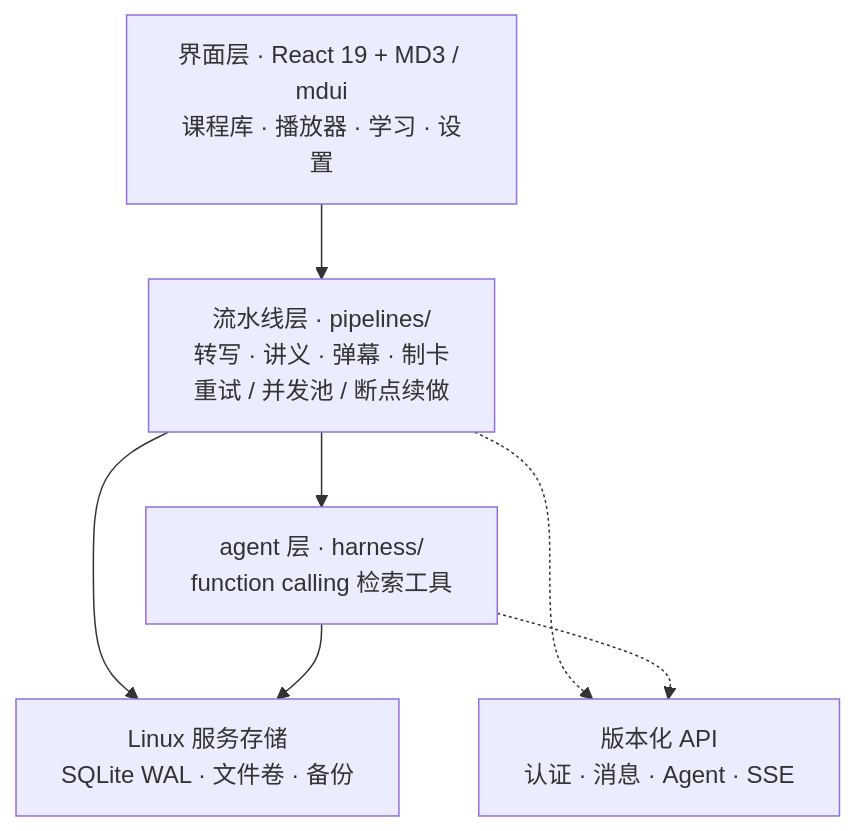
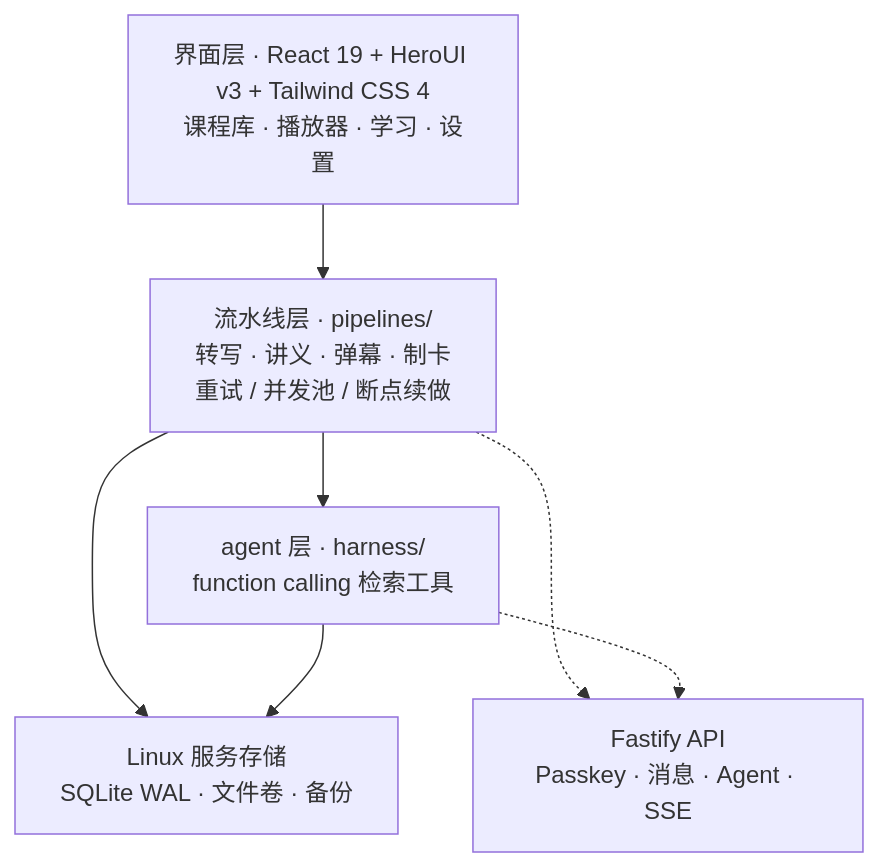
Before and after one commit to BA7MLV/wangke-agent: the second of 2 diagrams in README.md, drawn with Mermaid. The commit also changed other lines of this file and 26 other files, not shown here.

````diff
--- a/README.md
+++ b/README.md
@@ -58,13 +58,13 @@
 ```mermaid
 flowchart TB
-    UI["界面层 · React 19 + MD3 / mdui<br/>课程库 · 播放器 · 学习 · 设置"]
+    UI["界面层 · React 19 + HeroUI v3 + Tailwind CSS 4<br/>课程库 · 播放器 · 学习 · 设置"]
     PIPE["流水线层 · pipelines/<br/>转写 · 讲义 · 弹幕 · 制卡<br/>重试 / 并发池 / 断点续做"]
     AGENT["agent 层 · harness/<br/>function calling 检索工具"]
     STORE["Linux 服务存储<br/>SQLite WAL · 文件卷 · 备份"]
-    API["版本化 API<br/>认证 · 消息 · Agent · SSE"]
+    API["Fastify API<br/>Passkey · 消息 · Agent · SSE"]
     UI --> PIPE --> AGENT
     PIPE --> STORE
     AGENT --> STORE
     PIPE -.-> API
     AGENT -.-> API
 ```
````
